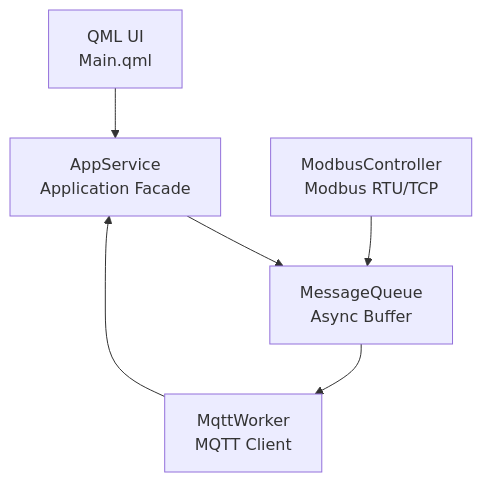
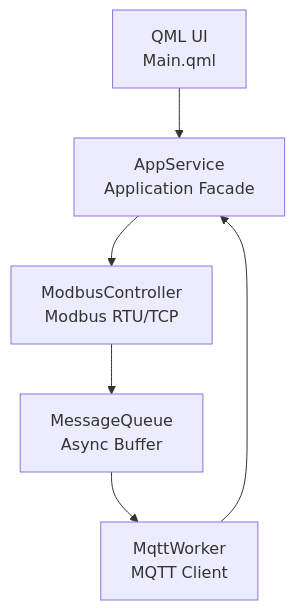
One commit to ArkadzK/IOT_Gateway_for_training changed the diagram in README.md. Above: the diagram before and after it, drawn with Mermaid. The commit also changed other lines of this file, not shown here.

````diff
--- a/README.md
+++ b/README.md
@@ -26,17 +34,18 @@
 ```mermaid
 flowchart TD
     UI[QML UI<br/>Main.qml]
 
     AppService[AppService<br/>Application Facade]
 
+    Modbus[ModbusController<br/>Modbus RTU/TCP]
     MQ[MessageQueue<br/>Async Buffer]
-
-    Modbus[ModbusController<br/>Modbus RTU/TCP]
     MQTT[MqttWorker<br/>MQTT Client]
 
     UI --> AppService
-    AppService --> MQ
+    AppService --> Modbus
+
     Modbus --> MQ
     MQ --> MQTT
+
     MQTT --> AppService
 ```
````
